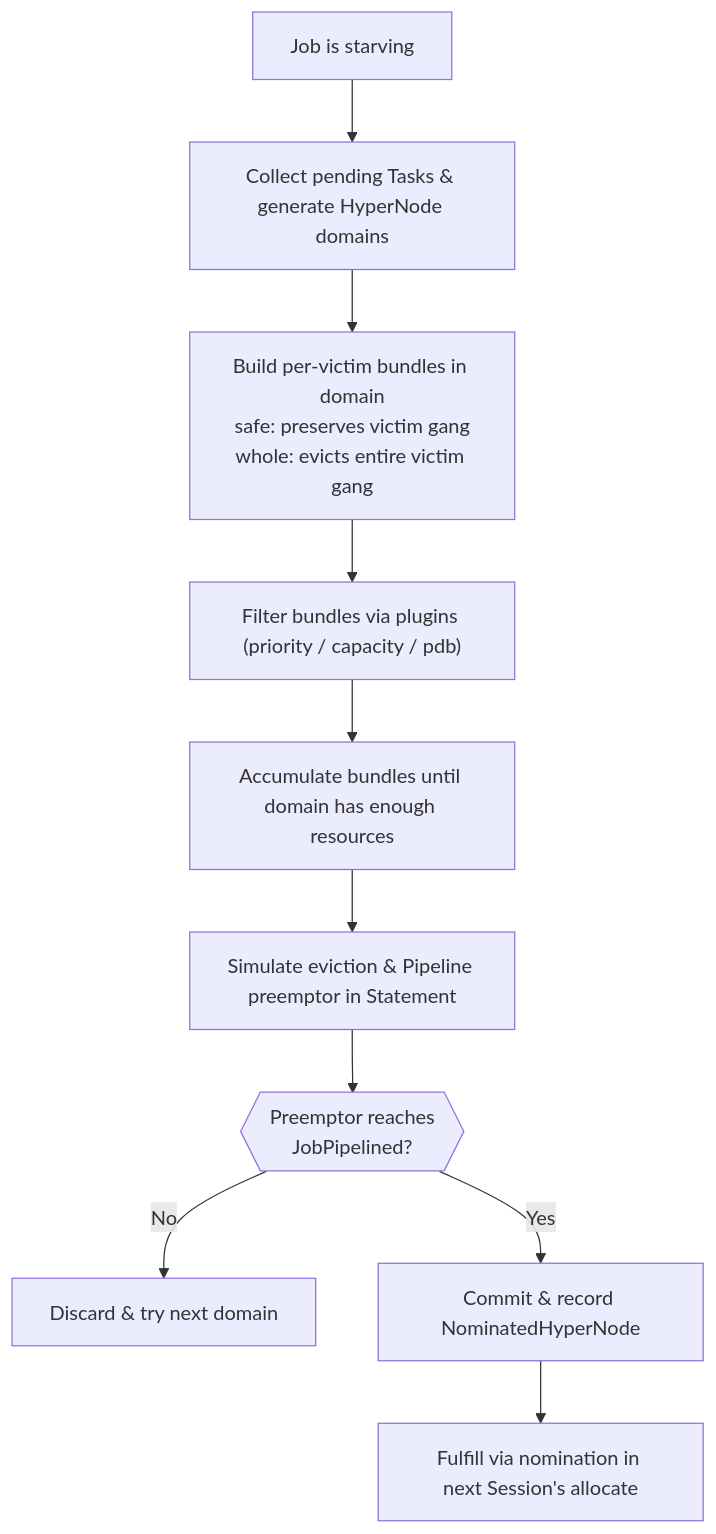
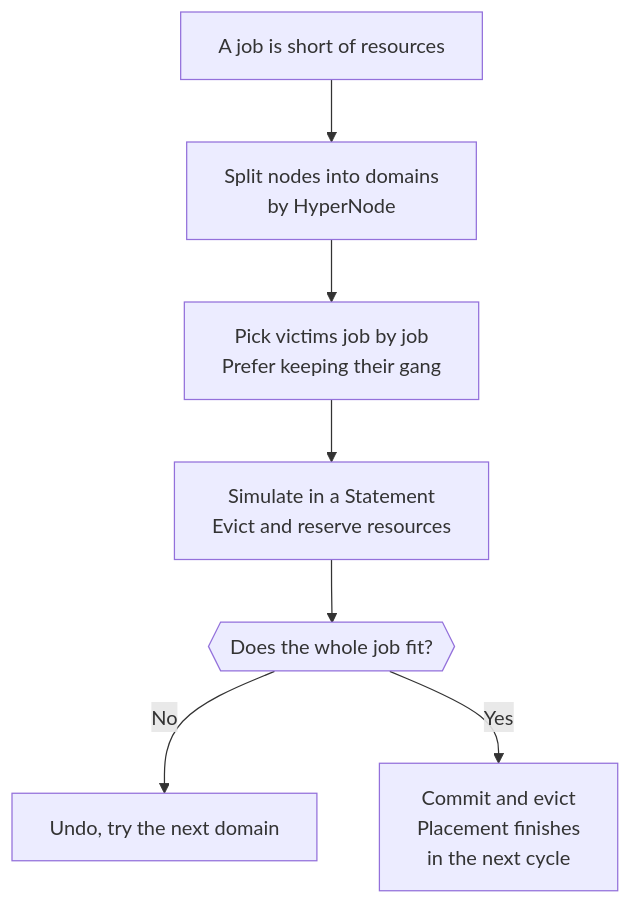
Diagram 11 of 13 in docs/research/k8s-workload-aware-scheduling-vs-volcano.md (JesseStutler/volcano), drawn with Mermaid before and after one commit. The commit also changed other lines of this file and 1 other file, not shown here.

````diff
--- a/docs/research/k8s-workload-aware-scheduling-vs-volcano.md
+++ b/docs/research/k8s-workload-aware-scheduling-vs-volcano.md
@@ -503,12 +479,9 @@
 ```mermaid
 flowchart TD
-    A["Job is starving"] --> B["Collect pending Tasks & generate HyperNode domains"]
-    B --> C["Build per-victim bundles in domain<br/>safe: preserves victim gang<br/>whole: evicts entire victim gang"]
-    C --> D["Filter bundles via plugins (priority / capacity / pdb)"]
-    D --> E["Accumulate bundles until domain has enough resources"]
-    E --> F["Simulate eviction & Pipeline preemptor in Statement"]
-    F --> G{{"Preemptor reaches<br/>JobPipelined?"}}
-    G -- No --> H["Discard & try next domain"]
-    G -- Yes --> I["Commit & record NominatedHyperNode"]
-    I --> J["Fulfill via nomination in next Session's allocate"]
+    A["A job is short of resources"] --> B["Split nodes into domains<br/>by HyperNode"]
+    B --> C["Pick victims job by job<br/>Prefer keeping their gang"]
+    C --> D["Simulate in a Statement<br/>Evict and reserve resources"]
+    D --> E{{"Does the whole job fit?"}}
+    E -- No --> F["Undo, try the next domain"]
+    E -- Yes --> G["Commit and evict<br/>Placement finishes<br/>in the next cycle"]
 ```
````
